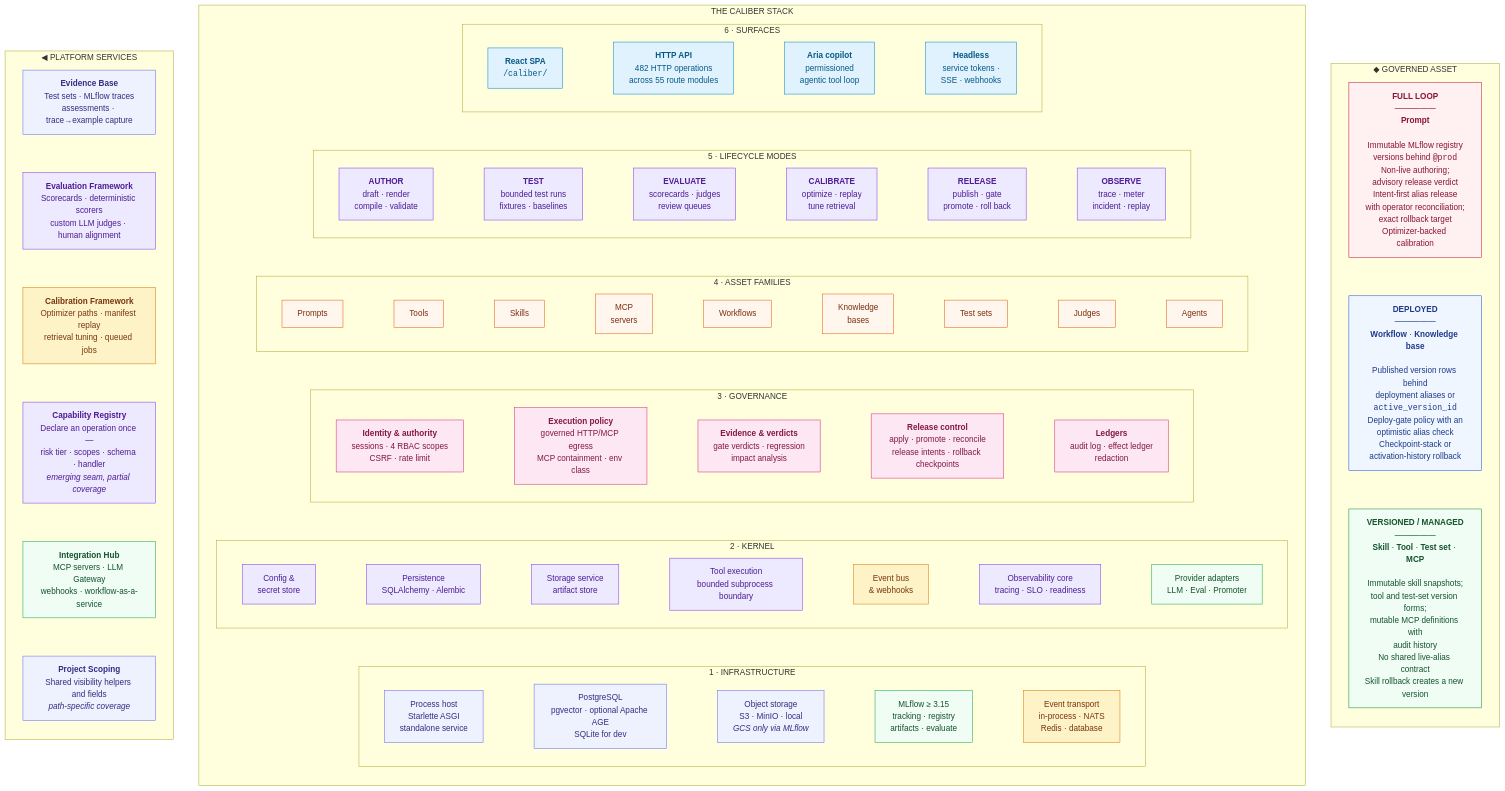
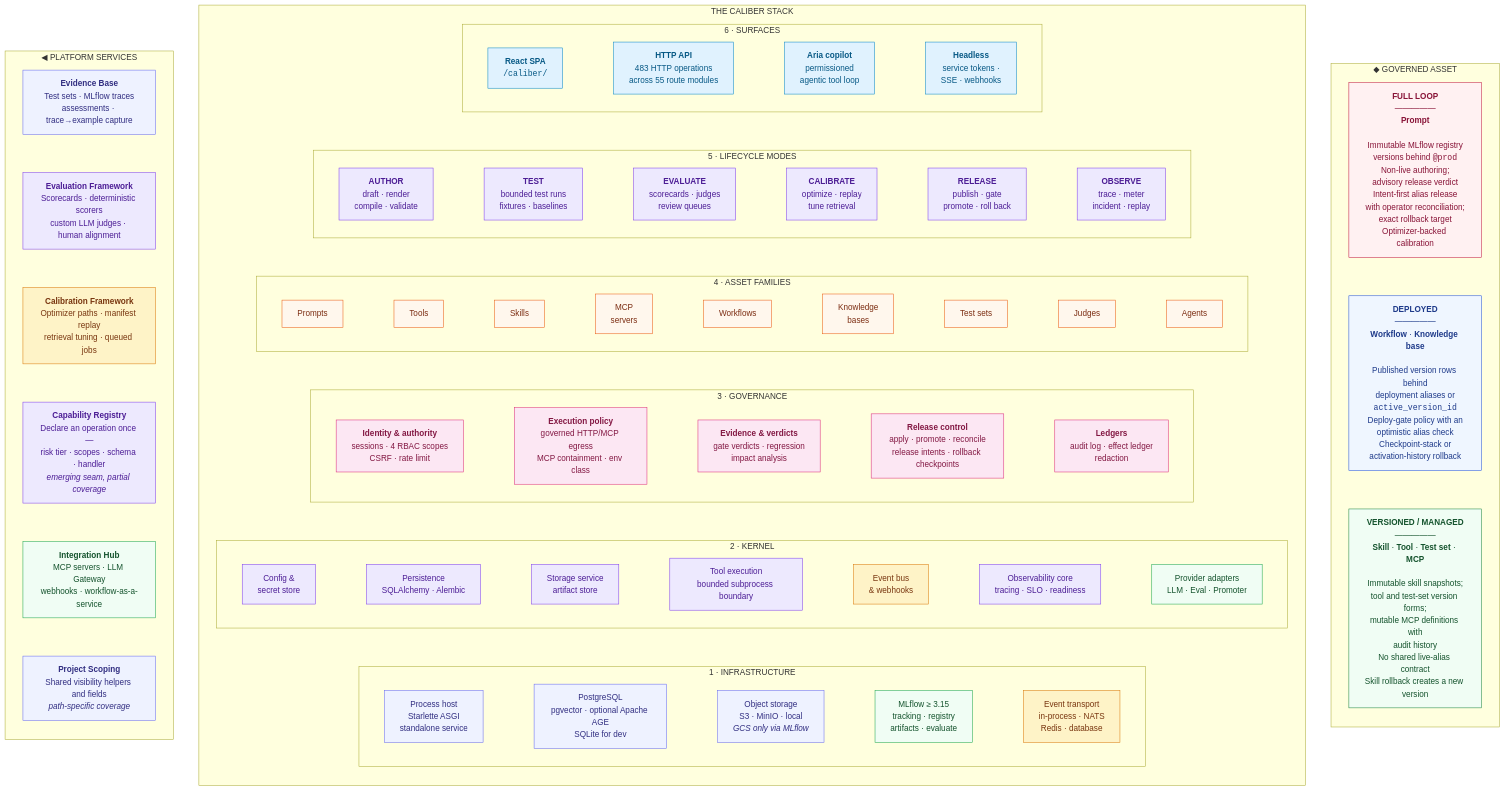
One commit to rrahimi-uci/caliber-suite changed the first of 8 diagrams in ARCHITECTURE.md. Above: the diagram before and after it, drawn with Mermaid. The commit also changed 6 other files, not shown here.

```diff
--- a/ARCHITECTURE.md
+++ b/ARCHITECTURE.md
@@ -105,7 +105,7 @@
     subgraph L6["6 · SURFACES"]
       direction LR
       s1["<b>React SPA</b><br/><code>/caliber/</code>"]:::ui
-      s2["<b>HTTP API</b><br/>482 HTTP operations<br/>across 55 route modules"]:::ui
+      s2["<b>HTTP API</b><br/>483 HTTP operations<br/>across 55 route modules"]:::ui
       s3["<b>Aria copilot</b><br/>permissioned<br/>agentic tool loop"]:::ui
       s4["<b>Headless</b><br/>service tokens ·<br/>SSE · webhooks"]:::ui
       s1 --- s2 --- s3 --- s4
```
